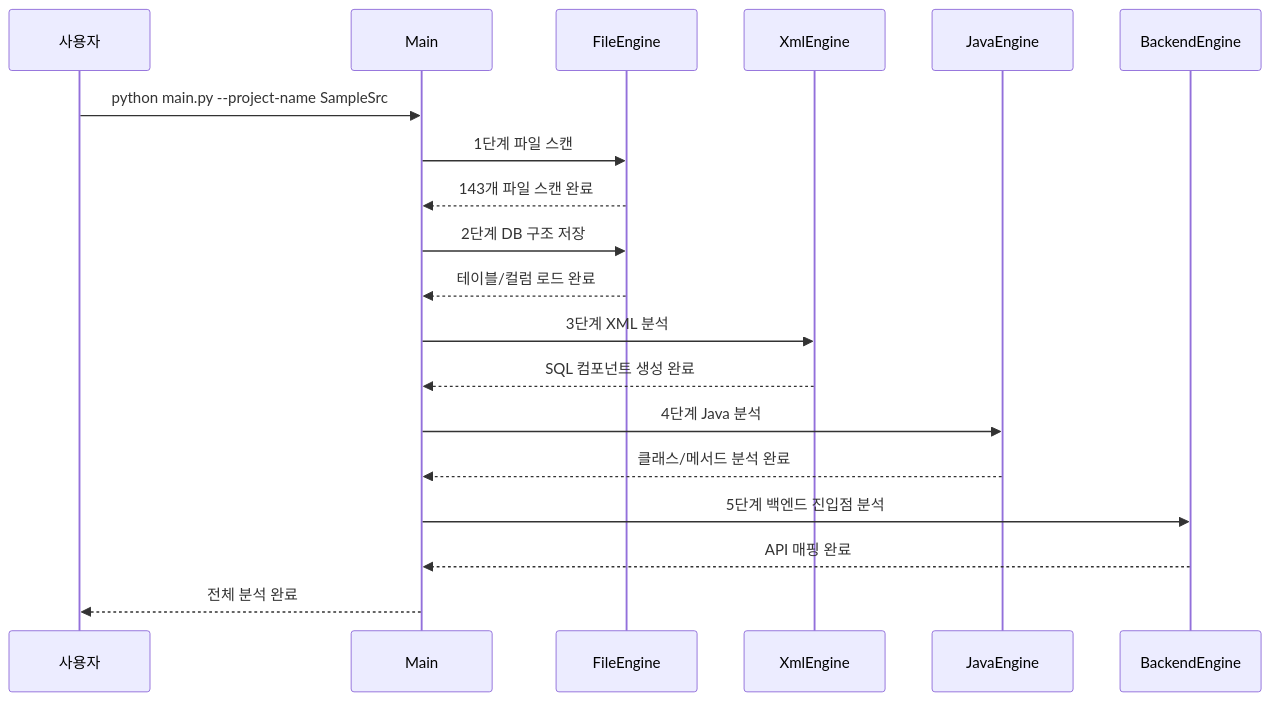
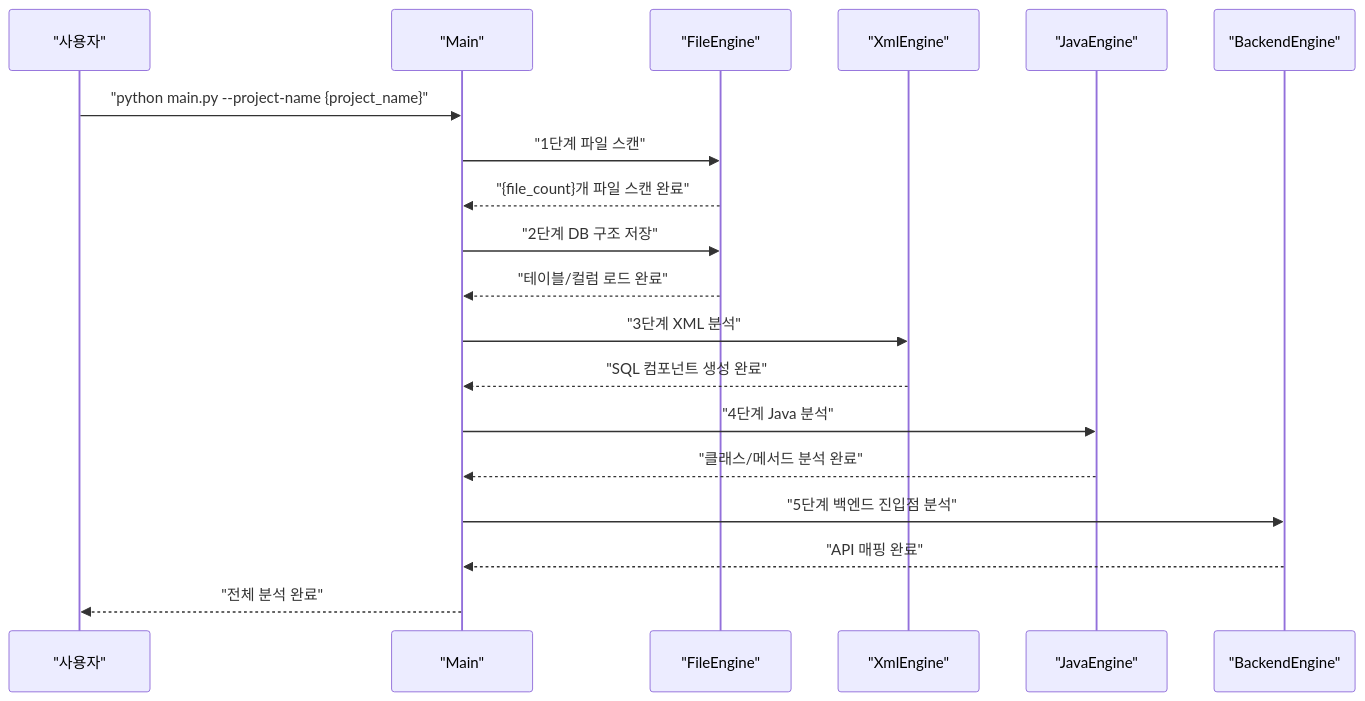
The third of 4 diagrams in docs/01_시스템_요구사항_정의서.md (kumtaek/CreateMetaDb), drawn with Mermaid before and after one commit. The commit also changed other lines of this file and 6 other files, not shown here.

````diff
--- a/docs/01_시스템_요구사항_정의서.md
+++ b/docs/01_시스템_요구사항_정의서.md
@@ -273,22 +382,22 @@
 ```mermaid
 sequenceDiagram
-    participant U as 사용자
-    participant M as Main
-    participant F as FileEngine
-    participant X as XmlEngine
-    participant J as JavaEngine
-    participant B as BackendEngine
+    participant U as "사용자"
+    participant M as "Main"
+    participant F as "FileEngine"
+    participant X as "XmlEngine"
+    participant J as "JavaEngine"
+    participant B as "BackendEngine"
     
-    U->>M: python main.py --project-name SampleSrc
-    M->>F: 1단계 파일 스캔
-    F-->>M: 143개 파일 스캔 완료
-    M->>F: 2단계 DB 구조 저장
-    F-->>M: 테이블/컬럼 로드 완료
-    M->>X: 3단계 XML 분석
-    X-->>M: SQL 컴포넌트 생성 완료
-    M->>J: 4단계 Java 분석
-    J-->>M: 클래스/메서드 분석 완료
-    M->>B: 5단계 백엔드 진입점 분석
-    B-->>M: API 매핑 완료
-    M-->>U: 전체 분석 완료
+    U->>M: "python main.py --project-name {project_name}"
+    M->>F: "1단계 파일 스캔"
+    F-->>M: "{file_count}개 파일 스캔 완료"
+    M->>F: "2단계 DB 구조 저장"
+    F-->>M: "테이블/컬럼 로드 완료"
+    M->>X: "3단계 XML 분석"
+    X-->>M: "SQL 컴포넌트 생성 완료"
+    M->>J: "4단계 Java 분석"
+    J-->>M: "클래스/메서드 분석 완료"
+    M->>B: "5단계 백엔드 진입점 분석"
+    B-->>M: "API 매핑 완료"
+    M-->>U: "전체 분석 완료"
 ```
````
